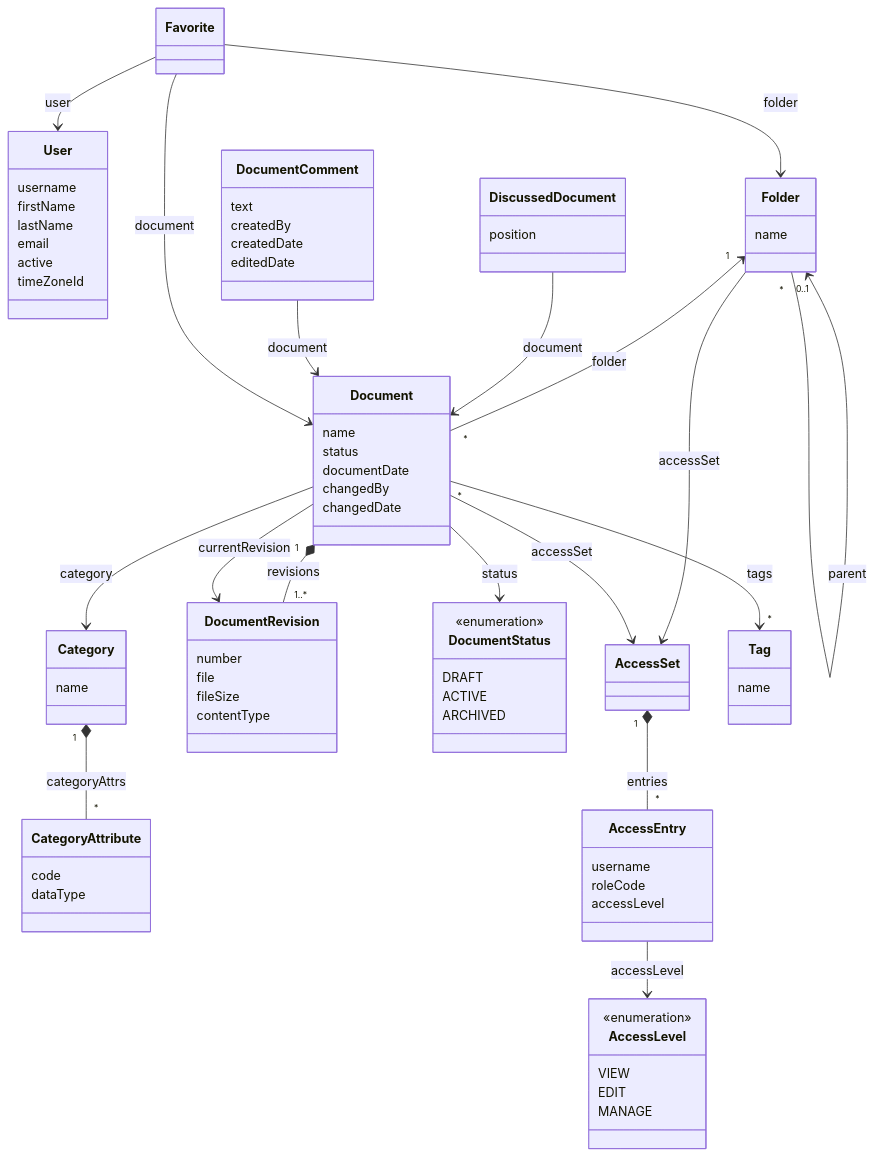
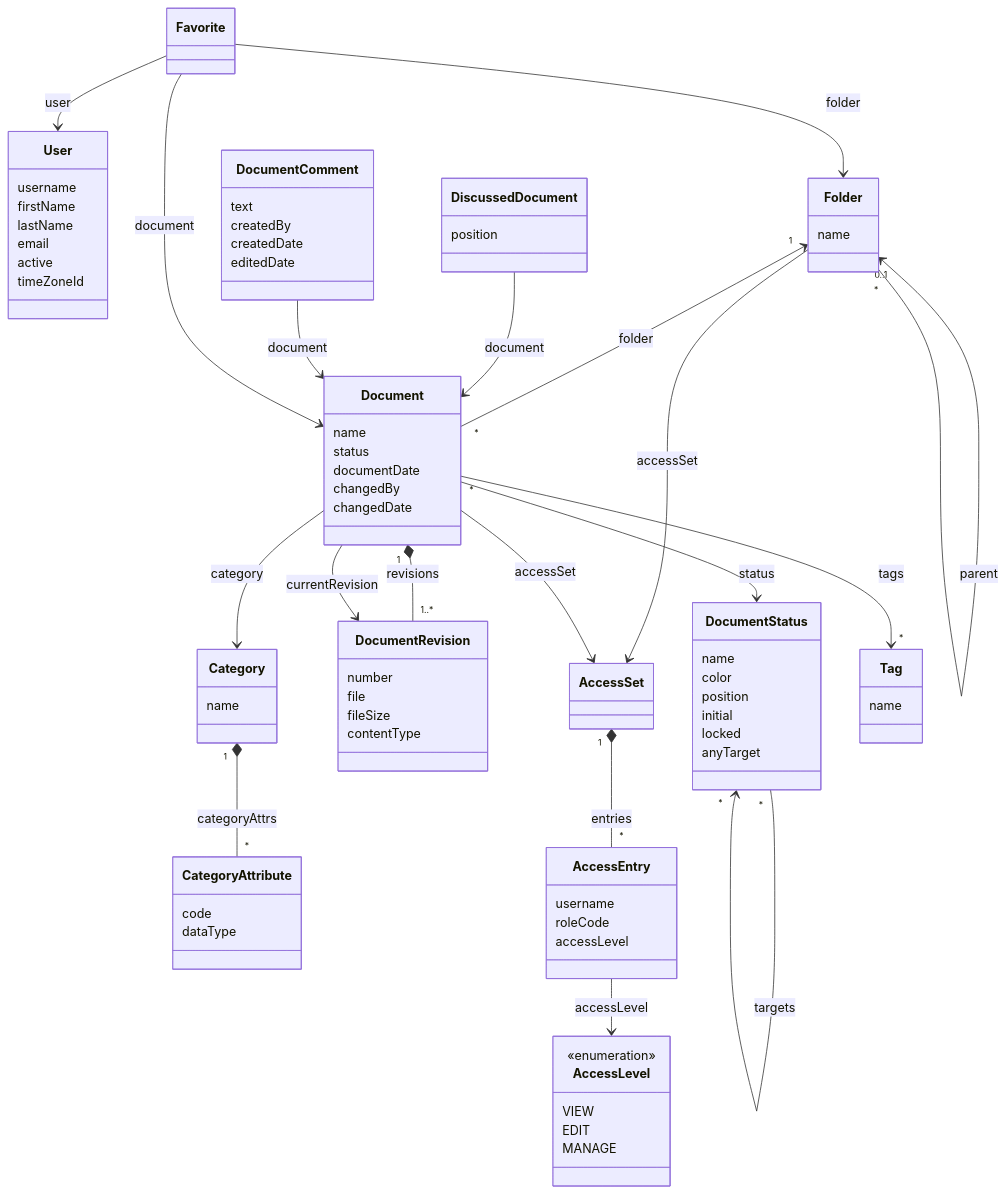
The diagram in README.md (jmix-framework/jmix-docai), drawn with Mermaid before and after one commit. The commit also changed other lines of this file and 70 other files, not shown here.

Commit message:
DocumentStatus rework

```diff
--- a/README.md
+++ b/README.md
@@ -261,10 +264,12 @@
         contentType
     }
     class DocumentStatus {
-        <<enumeration>>
-        DRAFT
-        ACTIVE
-        ARCHIVED
+        name
+        color
+        position
+        initial
+        locked
+        anyTarget
     }
     class AccessSet
     class AccessEntry {
@@ -296,6 +301,7 @@
     Document "1" *-- "1..*" DocumentRevision : revisions
     Document --> DocumentRevision : currentRevision
     Document --> DocumentStatus : status
+    DocumentStatus "*" --> "*" DocumentStatus : targets
     Folder --> AccessSet : accessSet
     Document --> AccessSet : accessSet
     Document --> Category : category
```
